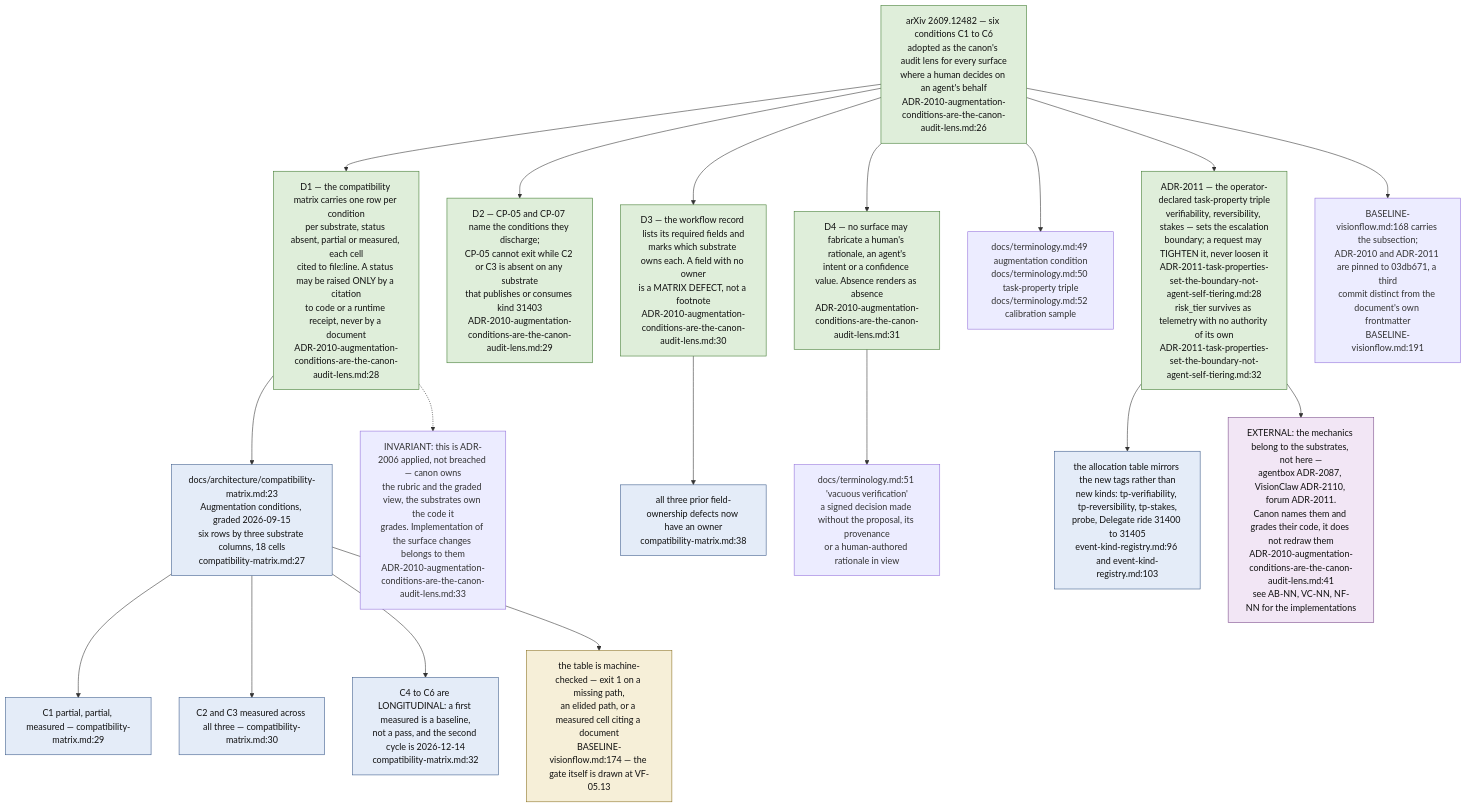
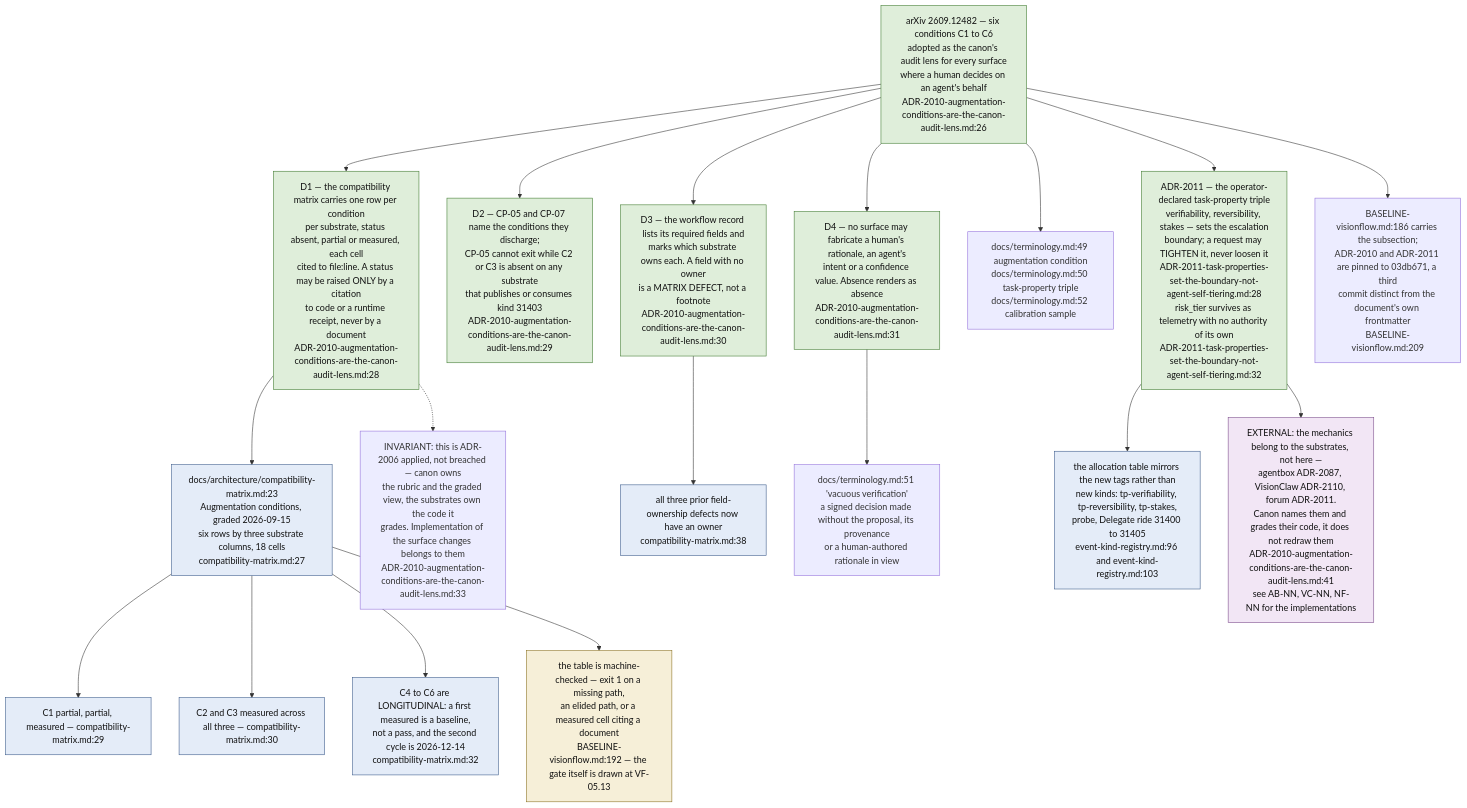
Before and after one commit to DreamLab-AI/VisionFlow: the ninth of 11 diagrams in docs/diagrams/visionflow/01-repo-composition-and-canon.md, drawn with Mermaid. The commit also changed other lines of this file and 94 other files, not shown here.

First line of the commit message:
docs(diagrams): re-verify 130 topics against 2 October HEADs

````diff
--- a/docs/diagrams/visionflow/01-repo-composition-and-canon.md
+++ b/docs/diagrams/visionflow/01-repo-composition-and-canon.md
@@ -325,38 +338,38 @@
 ```mermaid
 flowchart TB
     classDef rec fill:#dfeeda,stroke:#3f7a2f,color:#111
     classDef tbl fill:#e4ecf8,stroke:#3a5a8a,color:#111
     classDef gate fill:#f6efd8,stroke:#8a7020,color:#111
     classDef ext fill:#f2e6f5,stroke:#7a4a8a,color:#111
 
     SRC["arXiv 2609.12482 — six conditions C1 to C6<br/>adopted as the canon's audit lens for every surface<br/>where a human decides on an agent's behalf<br/>ADR-2010-augmentation-conditions-are-the-canon-audit-lens.md:26"]:::rec
 
     SRC --> D1["D1 — the compatibility matrix carries one row per condition<br/>per substrate, status absent, partial or measured, each cell<br/>cited to file:line. A status may be raised ONLY by a citation<br/>to code or a runtime receipt, never by a document<br/>ADR-2010-augmentation-conditions-are-the-canon-audit-lens.md:28"]:::rec
     SRC --> D2["D2 — CP-05 and CP-07 name the conditions they discharge;<br/>CP-05 cannot exit while C2 or C3 is absent on any substrate<br/>that publishes or consumes kind 31403<br/>ADR-2010-augmentation-conditions-are-the-canon-audit-lens.md:29"]:::rec
     SRC --> D3["D3 — the workflow record lists its required fields and<br/>marks which substrate owns each. A field with no owner<br/>is a MATRIX DEFECT, not a footnote<br/>ADR-2010-augmentation-conditions-are-the-canon-audit-lens.md:30"]:::rec
     SRC --> D4["D4 — no surface may fabricate a human's rationale, an agent's<br/>intent or a confidence value. Absence renders as absence<br/>ADR-2010-augmentation-conditions-are-the-canon-audit-lens.md:31"]:::rec
 
     D1 --> TBL["docs/architecture/compatibility-matrix.md:23<br/>Augmentation conditions, graded 2026-09-15<br/>six rows by three substrate columns, 18 cells<br/>compatibility-matrix.md:27"]:::tbl
     TBL --> R1["C1 partial, partial, measured — compatibility-matrix.md:29"]:::tbl
     TBL --> R2["C2 and C3 measured across all three — compatibility-matrix.md:30"]:::tbl
     TBL --> R3["C4 to C6 are LONGITUDINAL: a first measured is a baseline,<br/>not a pass, and the second cycle is 2026-12-14<br/>compatibility-matrix.md:32"]:::tbl
     D3 --> OWN["all three prior field-ownership defects now have an owner<br/>compatibility-matrix.md:38"]:::tbl
 
-    TBL --> GATE["the table is machine-checked — exit 1 on a missing path,<br/>an elided path, or a measured cell citing a document<br/>BASELINE-visionflow.md:174 — the gate itself is drawn at VF-05.13"]:::gate
+    TBL --> GATE["the table is machine-checked — exit 1 on a missing path,<br/>an elided path, or a measured cell citing a document<br/>BASELINE-visionflow.md:192 — the gate itself is drawn at VF-05.13"]:::gate
 
     D4 --> VOCAB["docs/terminology.md:51 'vacuous verification'<br/>a signed decision made without the proposal, its provenance<br/>or a human-authored rationale in view"]
     SRC --> VOCAB2["docs/terminology.md:49 augmentation condition<br/>docs/terminology.md:50 task-property triple<br/>docs/terminology.md:52 calibration sample"]
 
     TIER["ADR-2011 — the operator-declared task-property triple<br/>verifiability, reversibility, stakes — sets the escalation<br/>boundary; a request may TIGHTEN it, never loosen it<br/>ADR-2011-task-properties-set-the-boundary-not-agent-self-tiering.md:28<br/>risk_tier survives as telemetry with no authority of its own<br/>ADR-2011-task-properties-set-the-boundary-not-agent-self-tiering.md:32"]:::rec
     SRC --> TIER
     TIER --> KINDS["the allocation table mirrors the new tags rather than<br/>new kinds: tp-verifiability, tp-reversibility, tp-stakes,<br/>probe, Delegate ride 31400 to 31405<br/>event-kind-registry.md:96 and event-kind-registry.md:103"]:::tbl
 
-    BASE["BASELINE-visionflow.md:168 carries the subsection;<br/>ADR-2010 and ADR-2011 are pinned to 03db671, a third<br/>commit distinct from the document's own frontmatter<br/>BASELINE-visionflow.md:191"]
+    BASE["BASELINE-visionflow.md:186 carries the subsection;<br/>ADR-2010 and ADR-2011 are pinned to 03db671, a third<br/>commit distinct from the document's own frontmatter<br/>BASELINE-visionflow.md:209"]
     SRC --> BASE
 
     SIB["EXTERNAL: the mechanics belong to the substrates, not here —<br/>agentbox ADR-2087, VisionClaw ADR-2110, forum ADR-2011.<br/>Canon names them and grades their code, it does not redraw them<br/>ADR-2010-augmentation-conditions-are-the-canon-audit-lens.md:41<br/>see AB-NN, VC-NN, NF-NN for the implementations"]:::ext
     TIER --> SIB
 
     SCOPE["INVARIANT: this is ADR-2006 applied, not breached — canon owns<br/>the rubric and the graded view, the substrates own the code it<br/>grades. Implementation of the surface changes belongs to them<br/>ADR-2010-augmentation-conditions-are-the-canon-audit-lens.md:33"]
     D1 -.-> SCOPE
 ```
````
